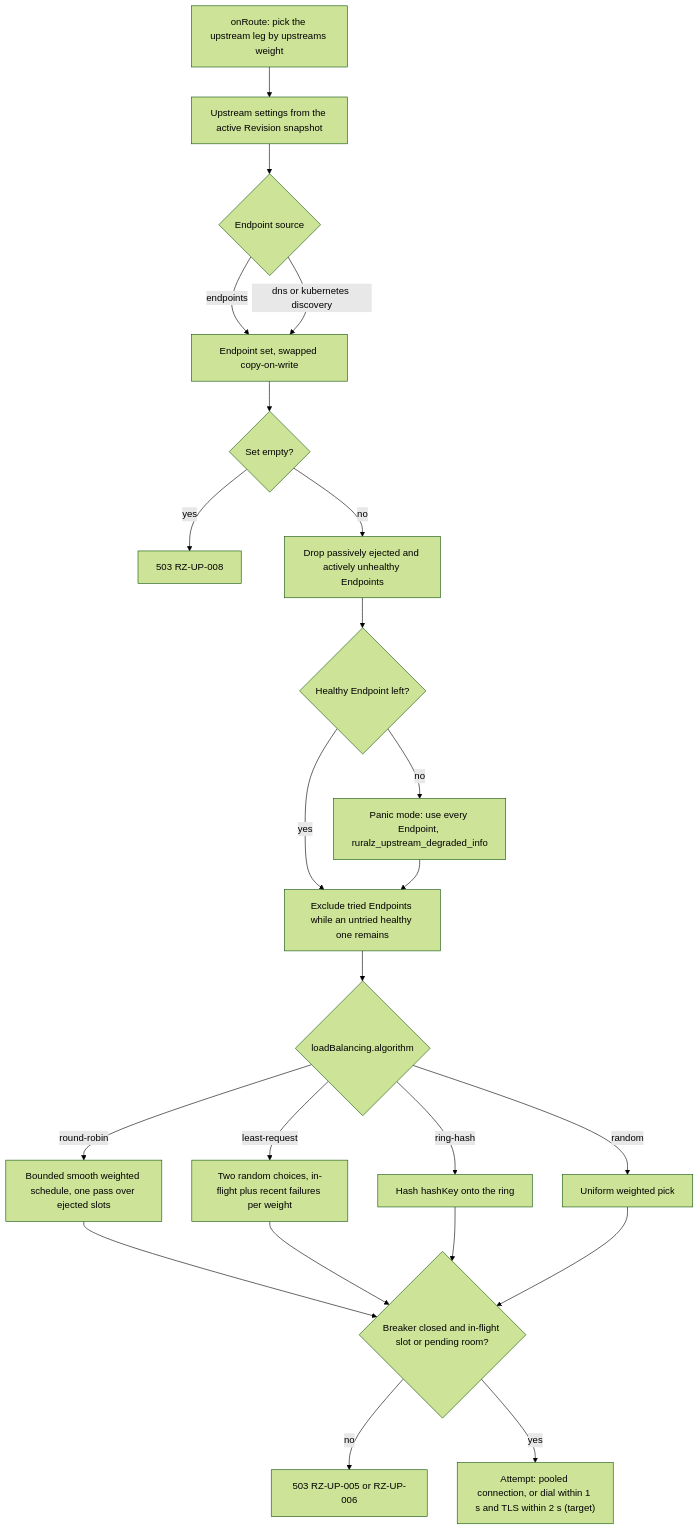
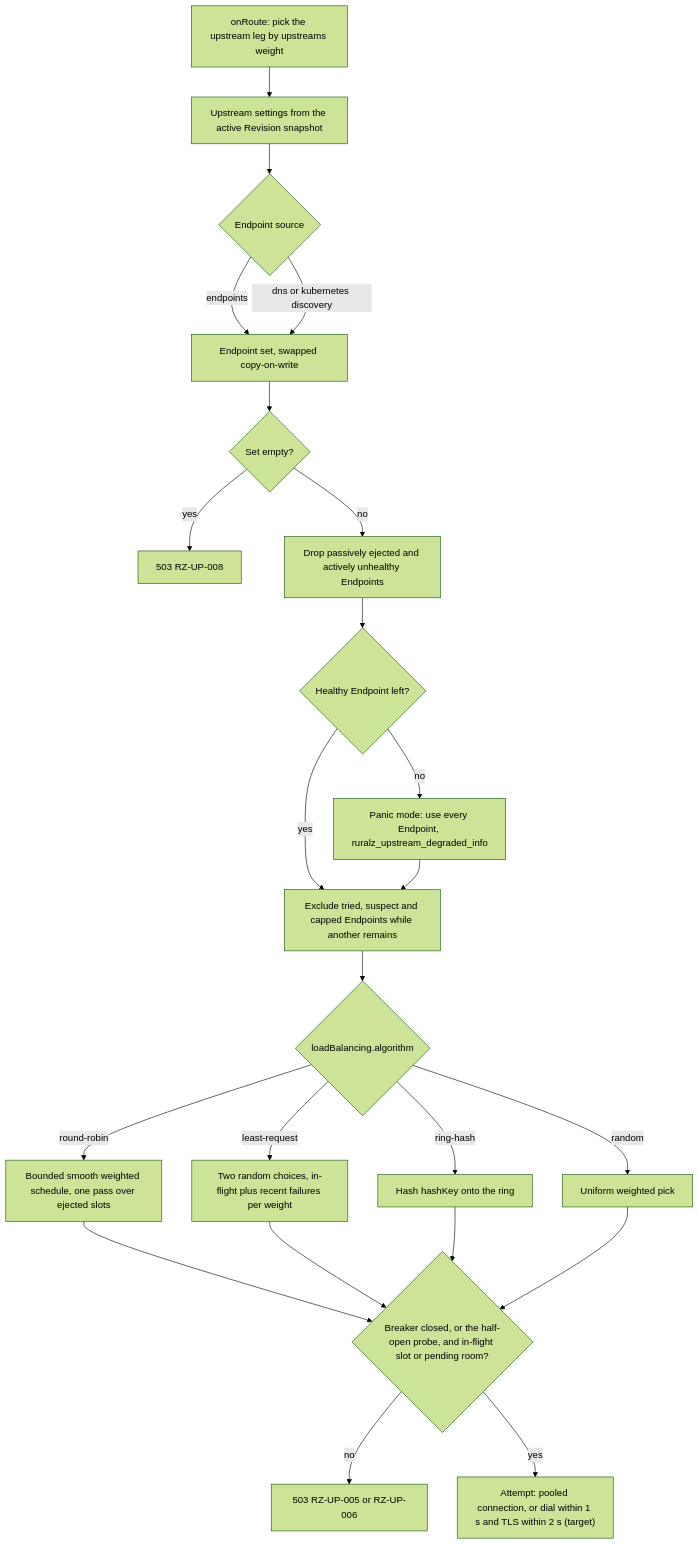
The first of 4 diagrams in docs/architecture/09-traffic-management-and-resilience.md (ravindu-rev/ruralz), drawn with Mermaid (forest theme) before and after one commit. The commit also changed other lines of this file and 12 other files, not shown here.

````diff
--- a/docs/architecture/09-traffic-management-and-resilience.md
+++ b/docs/architecture/09-traffic-management-and-resilience.md
@@ -45,25 +47,25 @@
 ```mermaid
 flowchart TD
     leg["onRoute: pick the upstream leg by upstreams weight"] --> ups["Upstream settings from the active Revision snapshot"]
     ups --> src{"Endpoint source"}
     src -- "endpoints" --> set["Endpoint set, swapped copy-on-write"]
     src -- "dns or kubernetes discovery" --> set
     set --> empty{"Set empty?"}
     empty -- "yes" --> e008["503 RZ-UP-008"]
     empty -- "no" --> filt["Drop passively ejected and actively unhealthy Endpoints"]
     filt --> any{"Healthy Endpoint left?"}
     any -- "no" --> panic["Panic mode: use every Endpoint, ruralz_upstream_degraded_info"]
-    any -- "yes" --> excl["Exclude tried Endpoints while an untried healthy one remains"]
+    any -- "yes" --> excl["Exclude tried, suspect and capped Endpoints while another remains"]
     panic --> excl
     excl --> alg{"loadBalancing.algorithm"}
     alg -- "round-robin" --> rr["Bounded smooth weighted schedule, one pass over ejected slots"]
     alg -- "least-request" --> p2c["Two random choices, in-flight plus recent failures per weight"]
     alg -- "ring-hash" --> rh["Hash hashKey onto the ring"]
     alg -- "random" --> rnd["Uniform weighted pick"]
-    rr --> gate{"Breaker closed and in-flight slot or pending room?"}
+    rr --> gate{"Breaker closed, or the half-open probe, and in-flight slot or pending room?"}
     p2c --> gate
     rh --> gate
     rnd --> gate
     gate -- "no" --> e005["503 RZ-UP-005 or RZ-UP-006"]
     gate -- "yes" --> att["Attempt: pooled connection, or dial within 1 s and TLS within 2 s (target)"]
 ```
````
